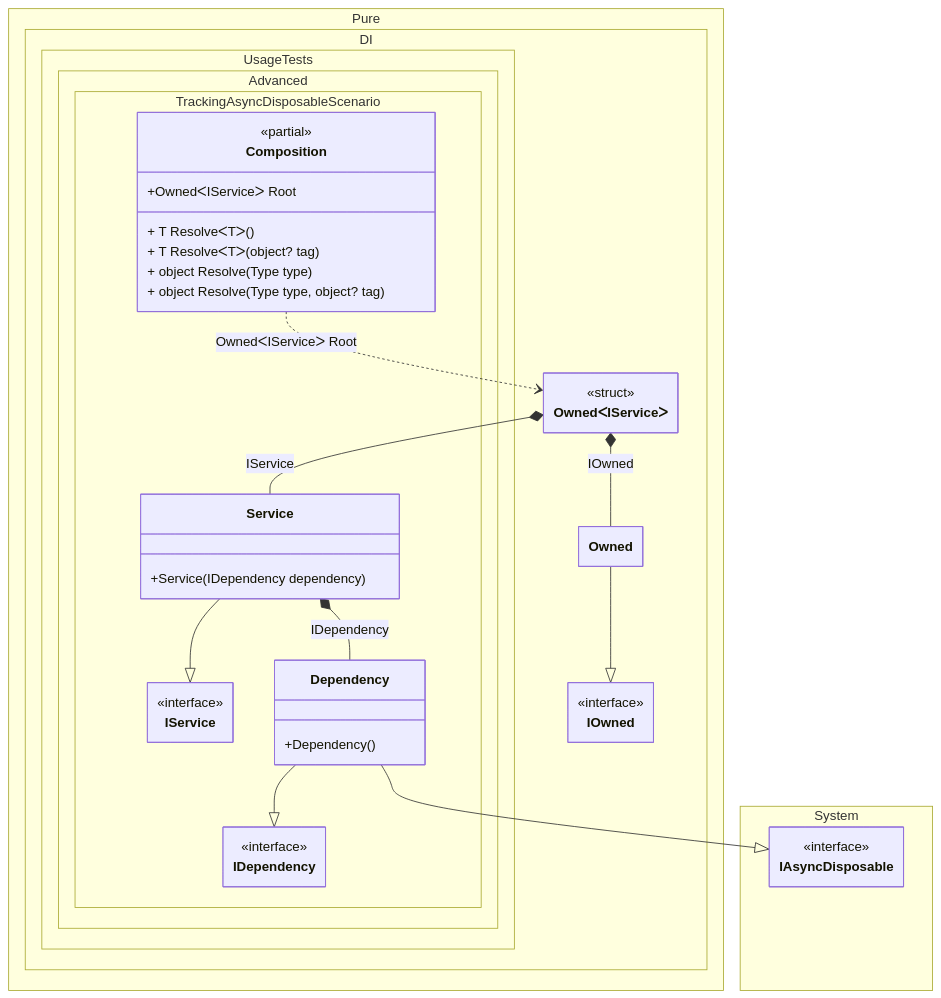
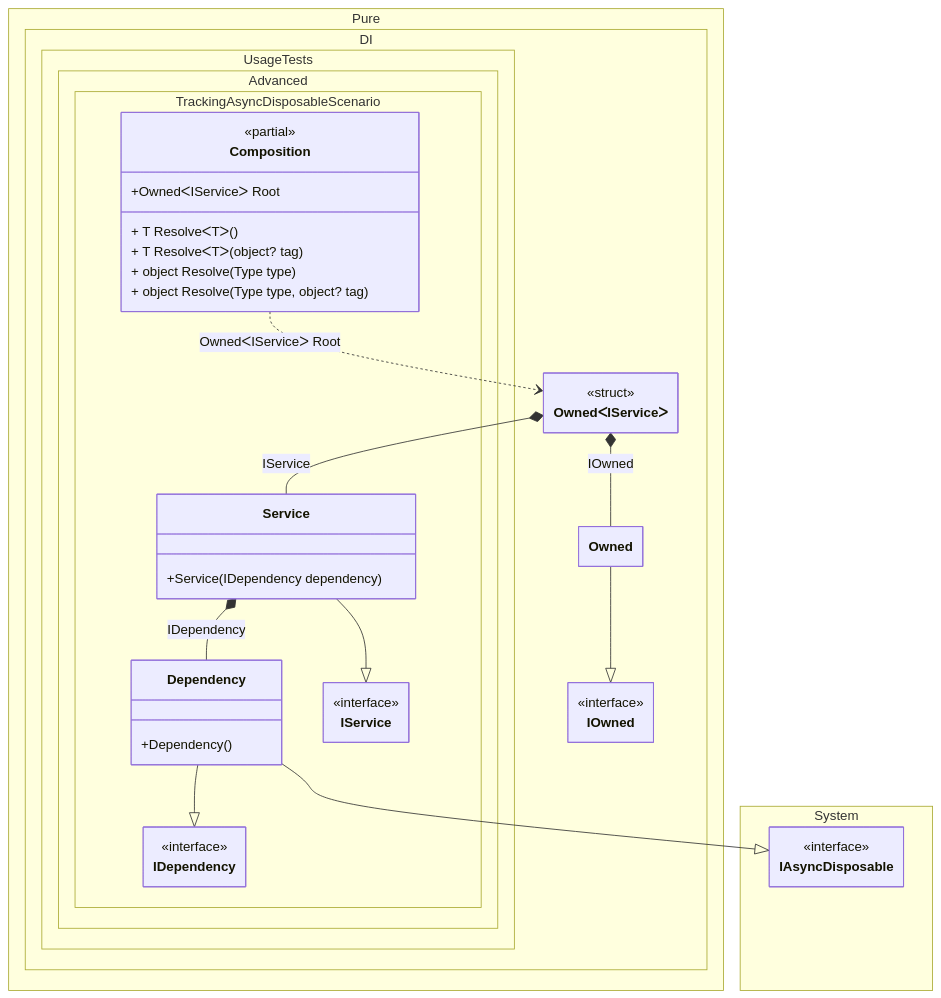
The diagram in readme/tracking-async-disposable-instances-per-a-composition-root.md (DevTeam/Pure.DI), drawn with Mermaid before and after one commit. The commit also changed 113 other files, not shown here.

````diff
--- a/readme/tracking-async-disposable-instances-per-a-composition-root.md
+++ b/readme/tracking-async-disposable-instances-per-a-composition-root.md
@@ -196,53 +196,53 @@
 ```mermaid
 ---
  config:
   class:
    hideEmptyMembersBox: true
 ---
 classDiagram
 	Owned --|> IOwned
-	Service --|> IService
 	Dependency --|> IDependency
 	Dependency --|> IAsyncDisposable
+	Service --|> IService
 	Composition ..> OwnedᐸIServiceᐳ : OwnedᐸIServiceᐳ Root
+	Service *--  Dependency : IDependency
 	OwnedᐸIServiceᐳ *--  Owned : IOwned
 	OwnedᐸIServiceᐳ *--  Service : IService
-	Service *--  Dependency : IDependency
 	namespace Pure.DI {
 		class IOwned {
 			<<interface>>
 		}
 		class Owned {
 		}
 		class OwnedᐸIServiceᐳ {
-			<<struct>>
+				<<struct>>
 		}
 	}
 	namespace Pure.DI.UsageTests.Advanced.TrackingAsyncDisposableScenario {
 		class Composition {
 		<<partial>>
 		+OwnedᐸIServiceᐳ Root
 		+ T ResolveᐸTᐳ()
 		+ T ResolveᐸTᐳ(object? tag)
 		+ object Resolve(Type type)
 		+ object Resolve(Type type, object? tag)
 		}
 		class Dependency {
 			+Dependency()
 		}
 		class IDependency {
 			<<interface>>
 		}
 		class IService {
 			<<interface>>
 		}
 		class Service {
 			+Service(IDependency dependency)
 		}
 	}
 	namespace System {
 		class IAsyncDisposable {
 			<<interface>>
 		}
 	}
 ```
````
